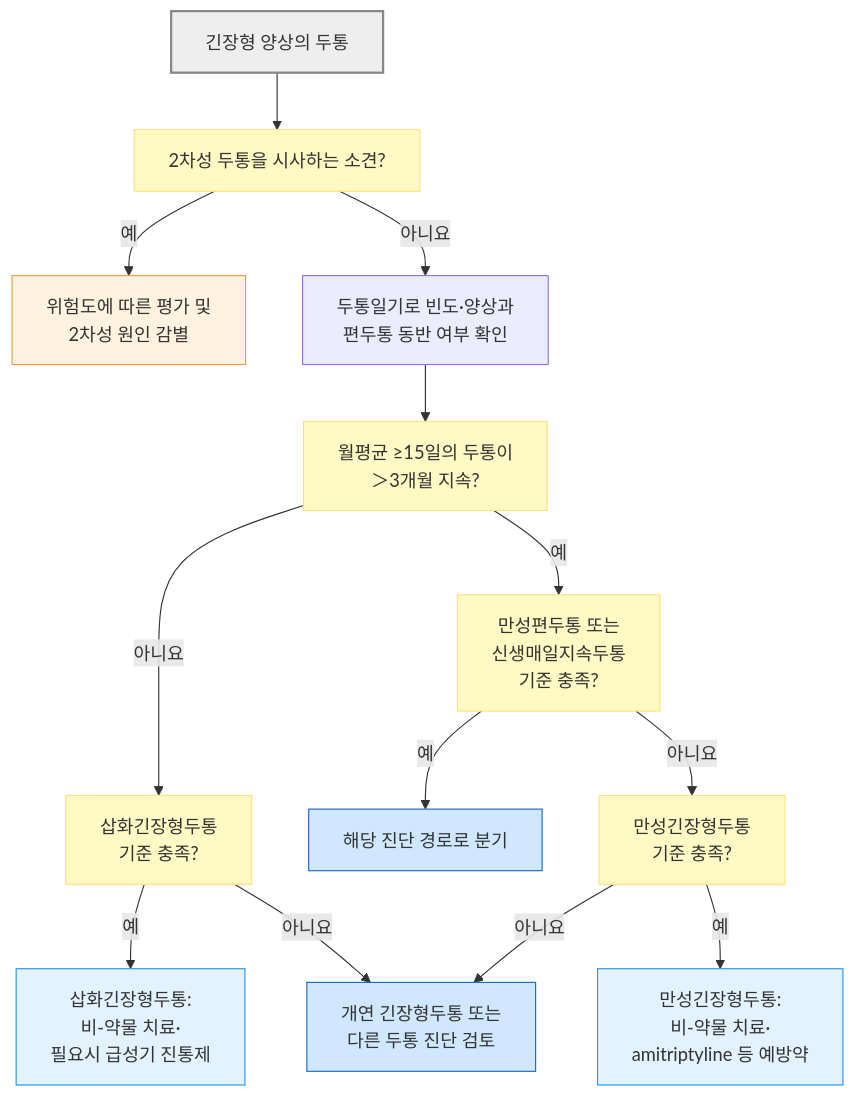
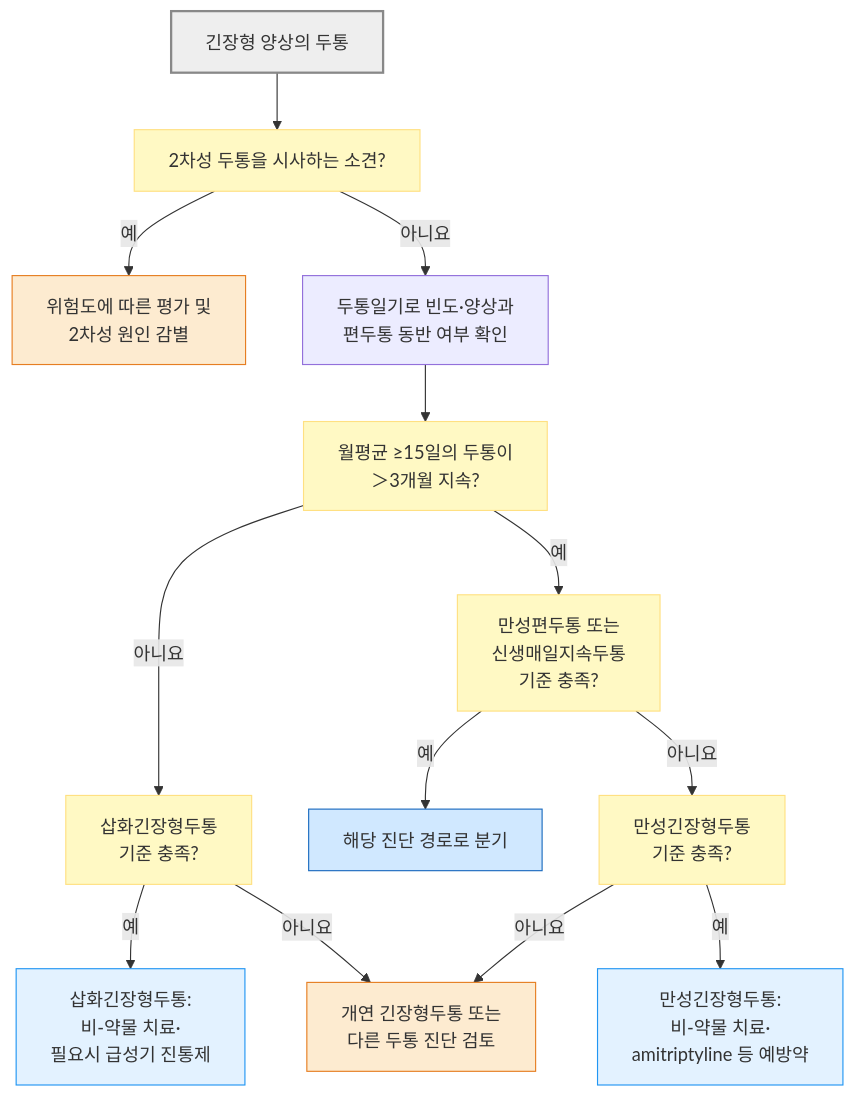
The diagram in 221_/017_-tension-type-headache.md (familyoh77/familyoh77), drawn with Mermaid before and after one commit. The commit also changed other lines of this file, not shown here.

````diff
--- a/221_/017_-tension-type-headache.md
+++ b/221_/017_-tension-type-headache.md
@@ -158,26 +158,25 @@
 ```mermaid
 flowchart TD
     A["긴장형 양상의 두통"] --> B["2차성 두통을 시사하는 소견?"]
     B -- "예" --> C["위험도에 따른 평가 및 <br/>2차성 원인 감별"]
     B -- "아니요" --> D["두통일기로 빈도·양상과 <br/>편두통 동반 여부 확인"]
     D --> E["월평균 ≥15일의 두통이 <br/>＞3개월 지속?"]
     E -- "아니요" --> F["삽화긴장형두통 <br/>기준 충족?"]
     F -- "예" --> G["삽화긴장형두통: <br/>비-약물 치료·<br/>필요시 급성기 진통제"]
     F -- "아니요" --> L["개연 긴장형두통 또는 <br/>다른 두통 진단 검토"]
     E -- "예" --> H["만성편두통 또는 <br/>신생매일지속두통 <br/>기준 충족?"]
     H -- "예" --> I["해당 진단 경로로 분기"]
     H -- "아니요" --> J["만성긴장형두통 <br/>기준 충족?"]
     J -- "예" --> K["만성긴장형두통: <br/>비-약물 치료·<br/>amitriptyline 등 예방약"]
     J -- "아니요" --> L
 classDef start fill:#eeeeee,stroke:#888888,stroke-width:2px;
 classDef decision fill:#fff9c4,stroke:#ffe082;
-classDef priority fill:#fff3e0,stroke:#e99b45;
+classDef caution fill:#fdebd0,stroke:#e67e22
 classDef care fill:#e3f2ff,stroke:#2196f3;
 classDef followup fill:#d0e8ff,stroke:#1a6abf;
-
 class A start;
 class B,E,F,H,J decision;
-class C priority;
-class I,L followup;
+class C,L caution;
+class I followup;
 class G,K care;
 ```
````
